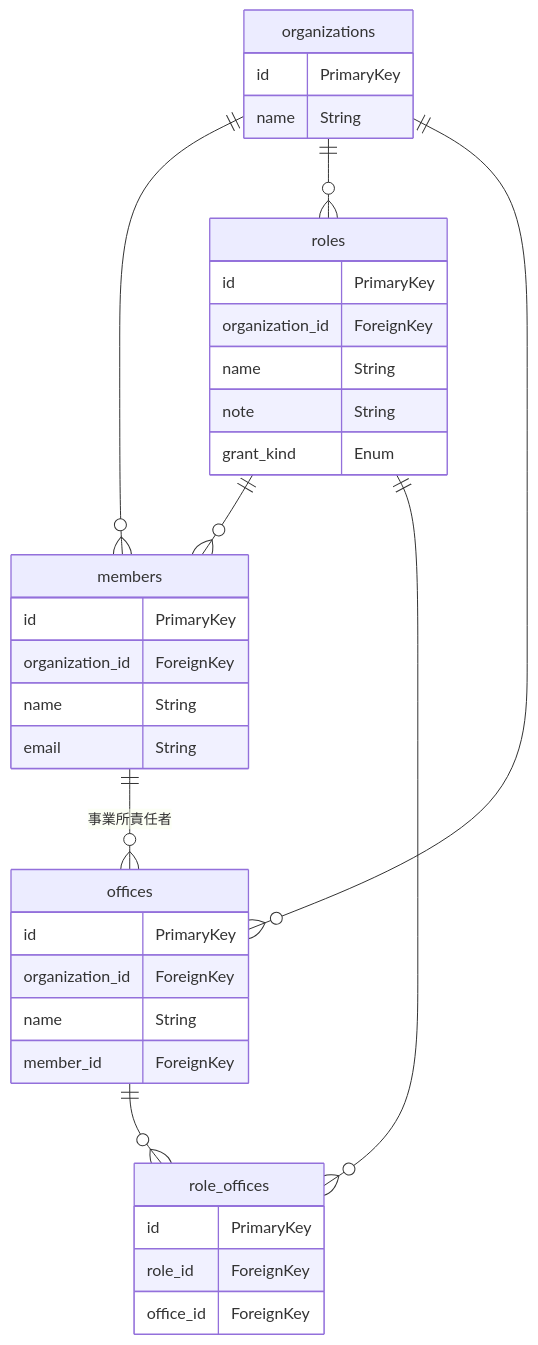
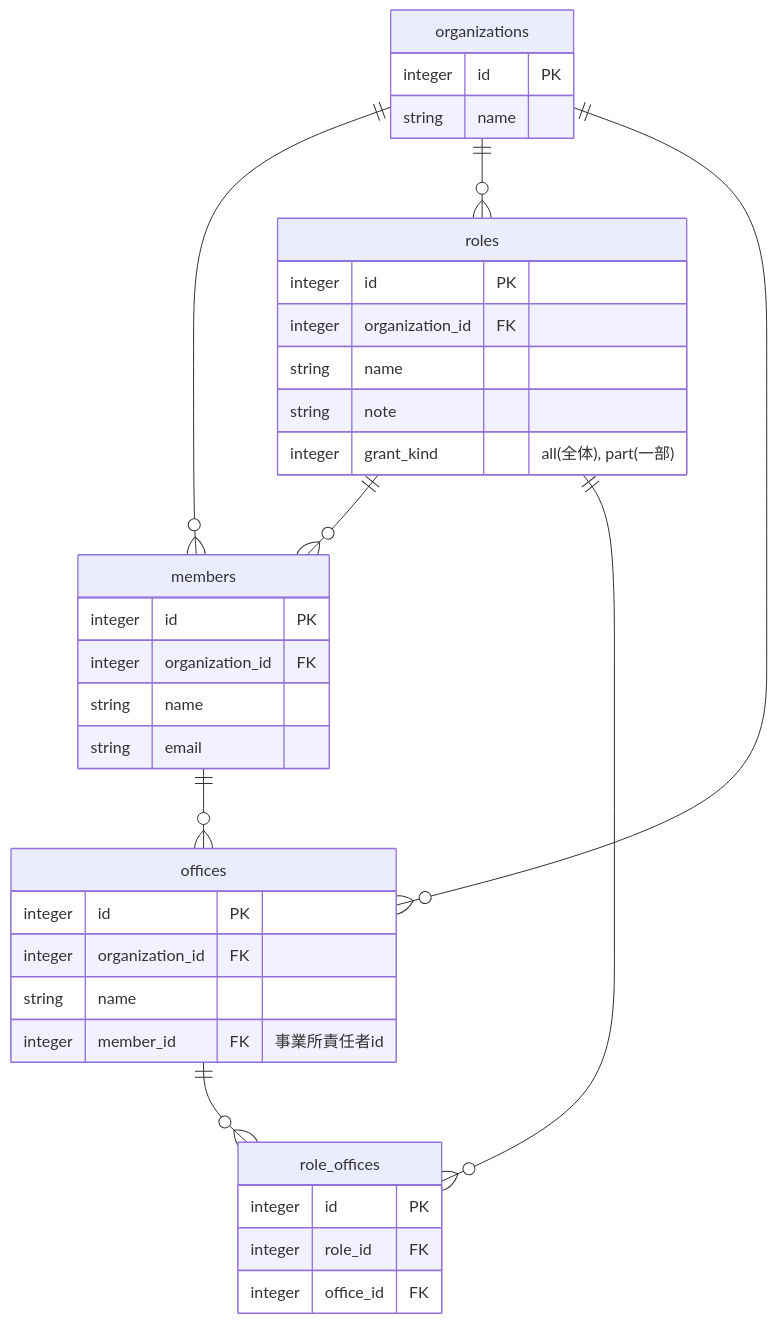
One commit to takesoo/mermaid changed the diagram in er.md. Above: the diagram before and after it, drawn with Mermaid. The commit also changed other lines of this file, not shown here.

````diff
--- a/er.md
+++ b/er.md
@@ -1,45 +1,45 @@
 ```mermaid
 erDiagram
 
 organizations {
-  id PrimaryKey
-  name String
+  integer id PK
+  string name
 }
 
 members {
-  id PrimaryKey
-  organization_id ForeignKey
-  name String
-  email String
+  integer id PK
+  integer organization_id FK
+  string name
+  string email
 }
 
 roles {
-  id PrimaryKey
-  organization_id ForeignKey
-  name String
-  note String
-  grant_kind Enum
+  integer id PK
+  integer organization_id FK
+  string name
+  string note
+  integer grant_kind "all(全体), part(一部)"
 }
 
 offices {
-  id PrimaryKey
-  organization_id ForeignKey
-  name String
-  member_id ForeignKey
+  integer id PK
+  integer organization_id FK
+  string name
+  integer member_id FK "事業所責任者id"
 }
 
 role_offices {
-  id PrimaryKey
-  role_id ForeignKey
-  office_id ForeignKey
+  integer id PK
+  integer role_id FK
+  integer office_id FK
 }
 
 organizations ||--o{ members: ""
 organizations ||--o{ roles: ""
 organizations ||--o{ offices: ""
 roles ||--o{ members: ""
 roles ||--o{ role_offices: ""
 offices ||--o{ role_offices: ""
-members ||--o{ offices: "事業所責任者"
+members ||--o{ offices: ""
 
 ```
````
